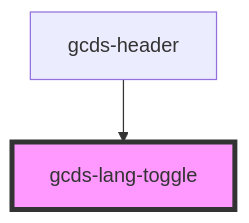
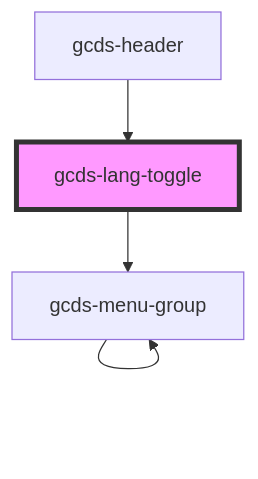
One commit to cds-snc/gcds-components changed the diagram in packages/web/src/components/gcds-lang-toggle/readme.md. Above: the diagram before and after it, drawn with Mermaid. The commit also changed other lines of this file and 37 other files, not shown here.

````diff
--- a/packages/web/src/components/gcds-lang-toggle/readme.md
+++ b/packages/web/src/components/gcds-lang-toggle/readme.md
@@ -22,5 +26,7 @@
 ```mermaid
 graph TD;
+  gcds-lang-toggle --> gcds-menu-group
+  gcds-menu-group --> gcds-menu-group
   gcds-header --> gcds-lang-toggle
   style gcds-lang-toggle fill:#f9f,stroke:#333,stroke-width:4px
 ```
````
